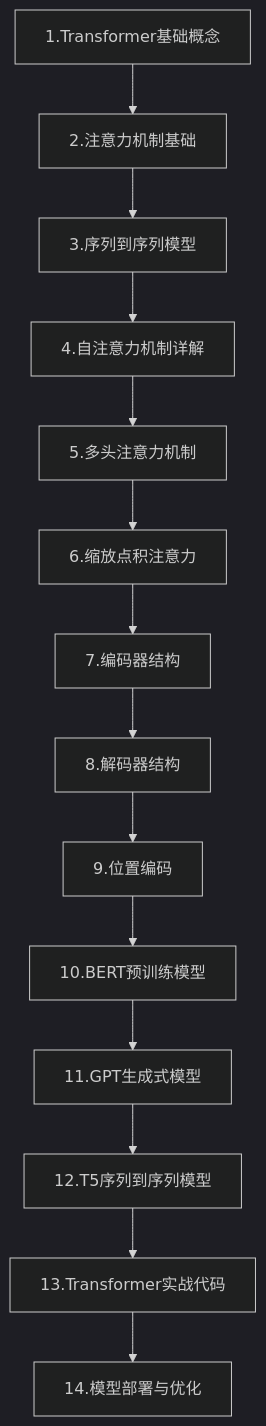
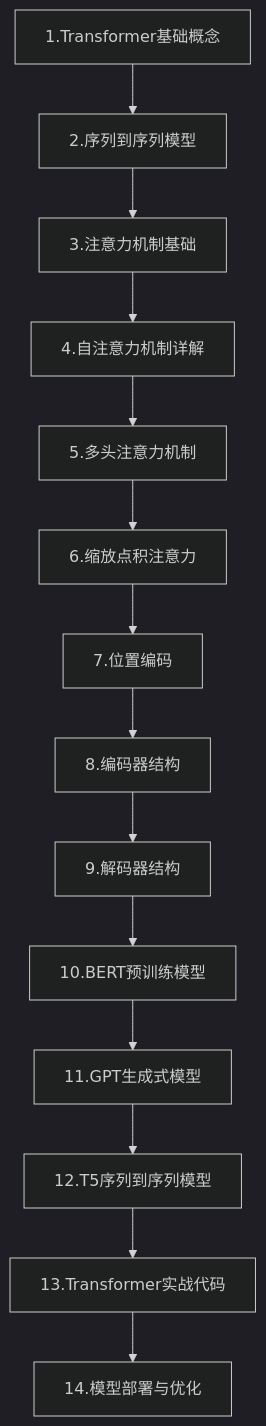
The diagram in 一起学Transformer/00-Transformer技术专栏链接目录.md (Zheng-Enci/Knoweledges), drawn with Mermaid (dark theme) before and after one commit. The commit also changed other lines of this file, not shown here.

Commit message:
feat: 调整Transformer学习路线顺序

````diff
--- a/一起学Transformer/00-Transformer技术专栏链接目录.md
+++ b/一起学Transformer/00-Transformer技术专栏链接目录.md
@@ -17,16 +17,16 @@
 ```mermaid
 flowchart TD
-    A[1.Transformer基础概念] --> B[2.注意力机制基础]
-    B --> C[3.序列到序列模型]
+    A[1.Transformer基础概念] --> B[2.序列到序列模型]
+    B --> C[3.注意力机制基础]
     C --> D[4.自注意力机制详解]
     D --> E[5.多头注意力机制]
     E --> F[6.缩放点积注意力]
-    F --> G[7.编码器结构]
-    G --> H[8.解码器结构]
-    H --> I[9.位置编码]
+    F --> G[7.位置编码]
+    G --> H[8.编码器结构]
+    H --> I[9.解码器结构]
     I --> J[10.BERT预训练模型]
     J --> K[11.GPT生成式模型]
     K --> L[12.T5序列到序列模型]
     L --> M[13.Transformer实战代码]
     M --> N[14.模型部署与优化]
 ```
````
